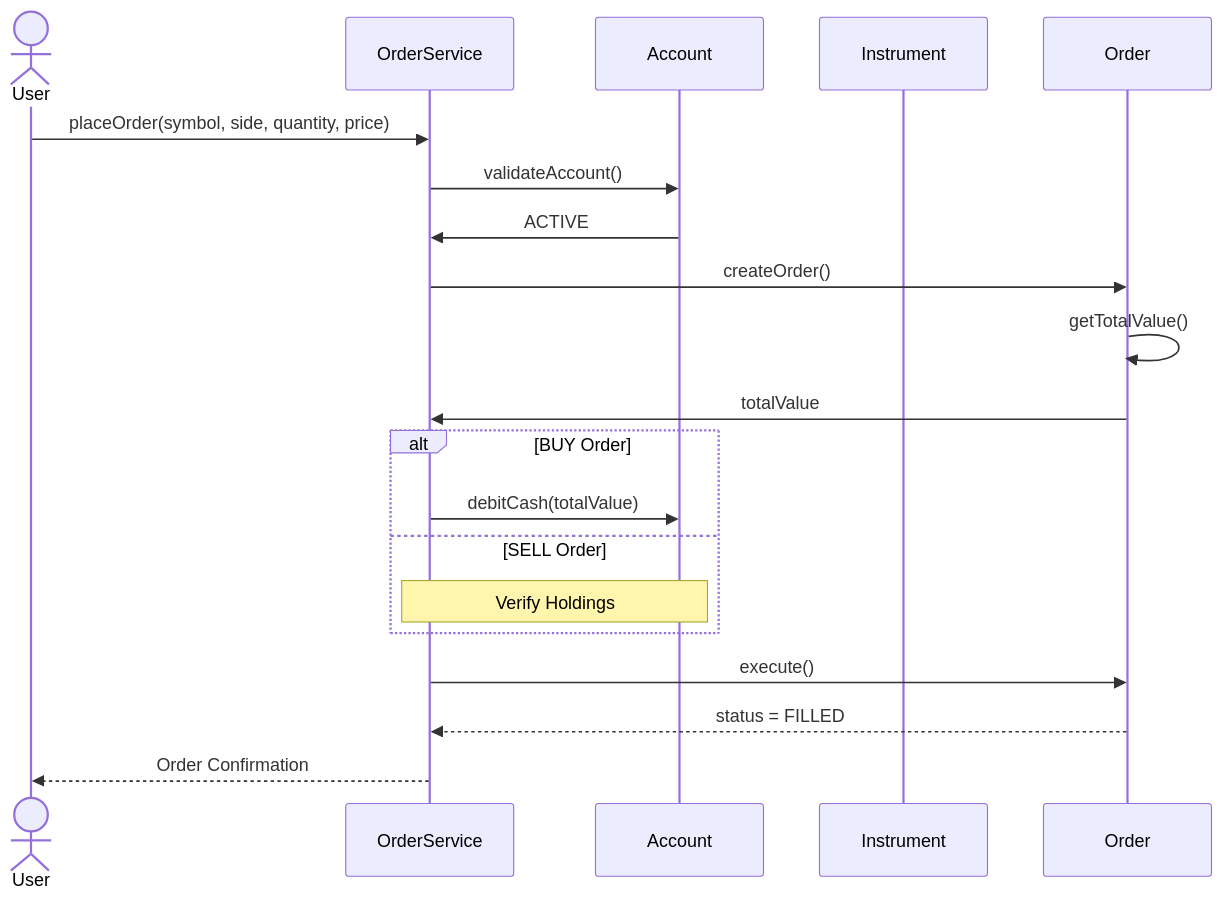
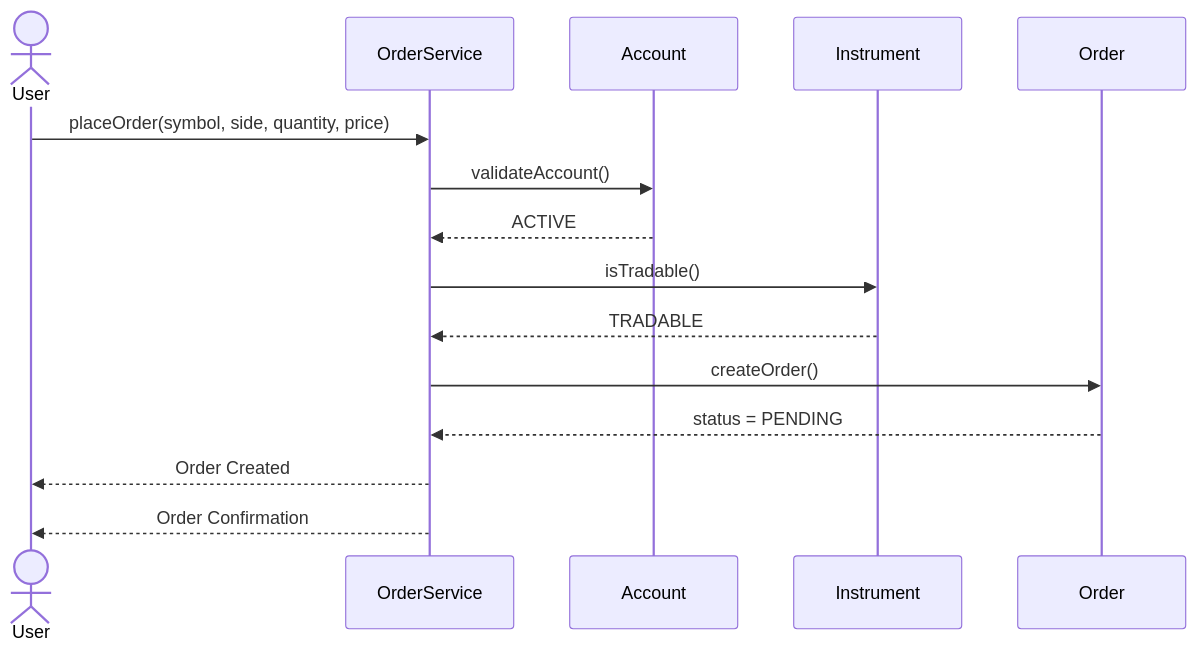
Before and after one commit to Narcis24/Tech-Nova-Project: the diagram in app/docs/Sequence Diagrams/01_Place_Order.mmd, drawn with Mermaid.

Commit message:
Sequence diagram for placing an order

````diff
--- a/app/docs/Sequence Diagrams/01_Place_Order.mmd
+++ b/app/docs/Sequence Diagrams/01_Place_Order.mmd
@@ -1,27 +1,23 @@
+```mermaid
 sequenceDiagram
     actor User
     participant OrderService
     participant Account
     participant Instrument
     participant Order
 
     User ->>OrderService: placeOrder(symbol, side, quantity, price)
 
     OrderService->>Account: validateAccount()
-    Account->>OrderService: ACTIVE
+    Account-->>OrderService: ACTIVE
+
+    OrderService->>Instrument: isTradable()
+    Instrument-->>OrderService: TRADABLE
 
     OrderService->>Order: createOrder()
 
-    Order->>Order: getTotalValue()
-    Order->>OrderService: totalValue
-
-    alt BUY Order
-        OrderService->>Account: debitCash(totalValue)
-    else SELL Order 
-        Note over OrderService, Account: Verify Holdings
-    end
-
-    OrderService->>Order: execute()
-    Order-->>OrderService: status = FILLED
+    Order-->>OrderService: status = PENDING
+    OrderService-->>User: Order Created
 
     OrderService-->>User: Order Confirmation
+```
````
